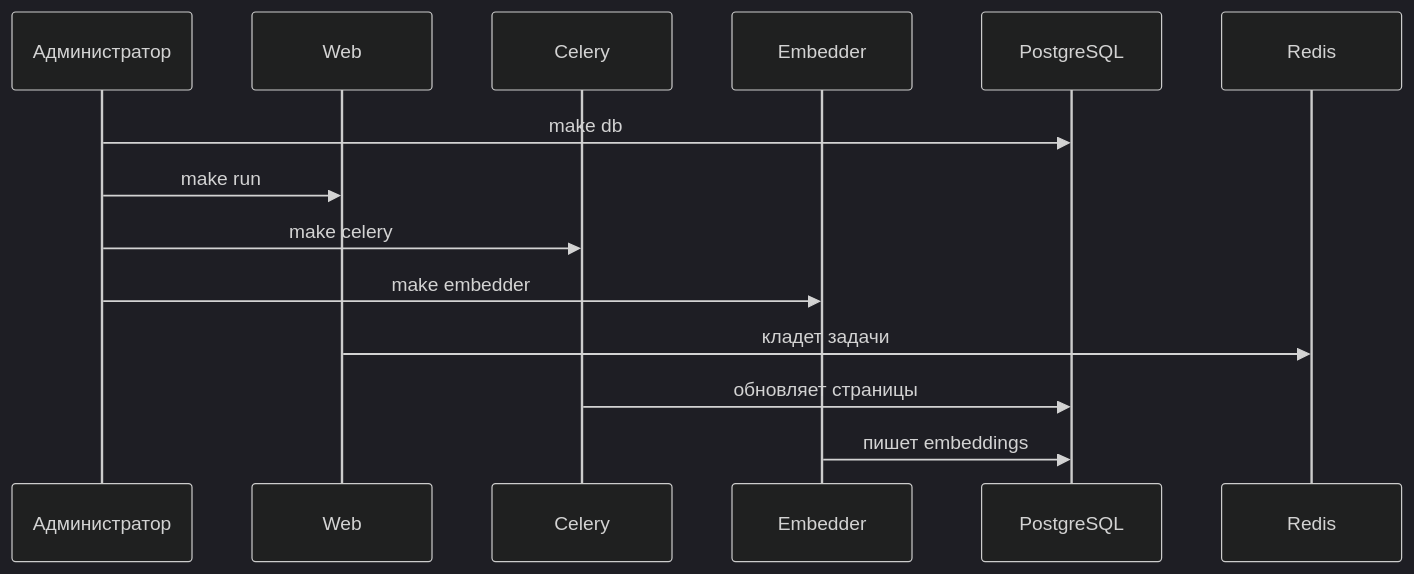
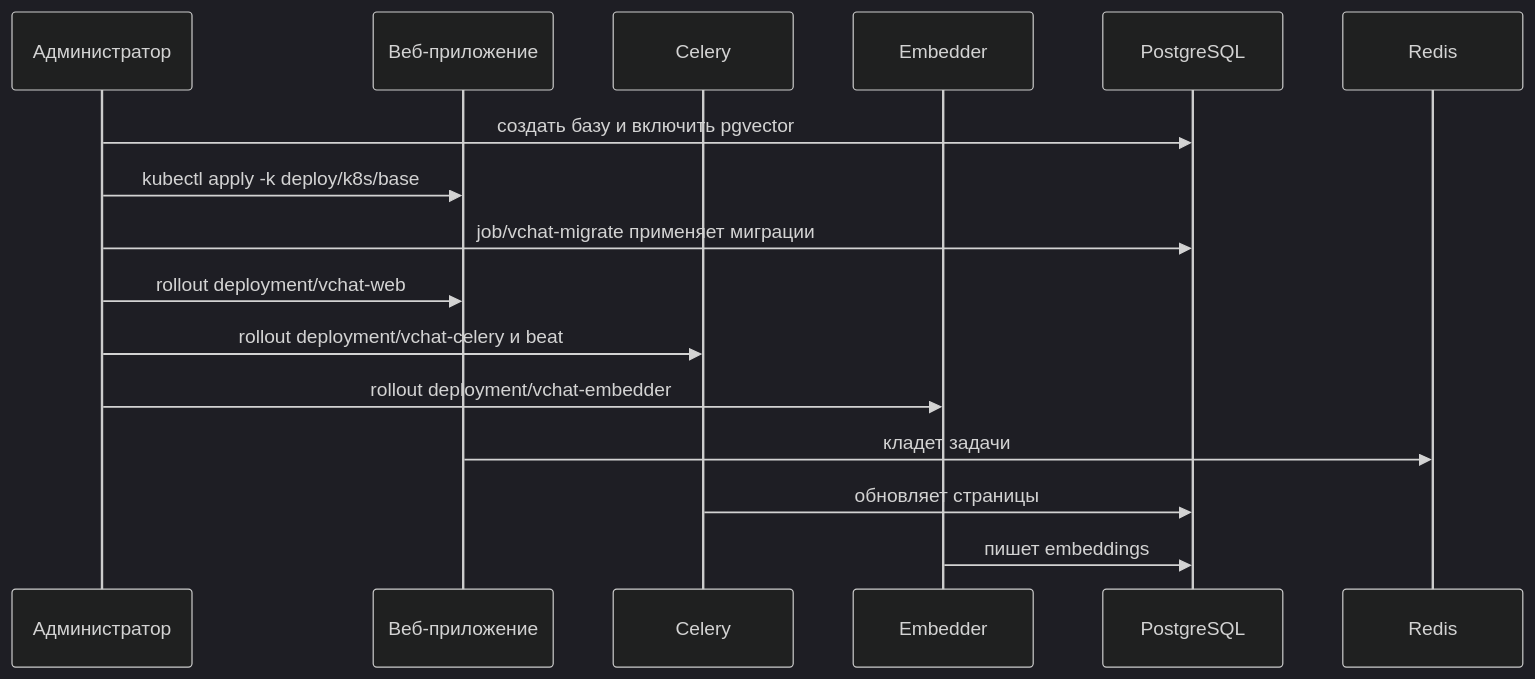
One commit to xen/vchat changed the second of 3 diagrams in docs/manual.md. Above: the diagram before and after it, drawn with Mermaid (dark theme). The commit also changed other lines of this file and 28 other files, not shown here.

````diff
--- a/docs/manual.md
+++ b/docs/manual.md
@@ -224,17 +156,19 @@
 ```mermaid
 sequenceDiagram
     participant Admin as Администратор
-    participant Web as Web
+    participant Web as Веб-приложение
     participant Celery as Celery
     participant Embedder as Embedder
     participant DB as PostgreSQL
     participant Redis as Redis
 
-    Admin->>DB: make db
-    Admin->>Web: make run
-    Admin->>Celery: make celery
-    Admin->>Embedder: make embedder
+    Admin->>DB: создать базу и включить pgvector
+    Admin->>Web: kubectl apply -k deploy/k8s/base
+    Admin->>DB: job/vchat-migrate применяет миграции
+    Admin->>Web: rollout deployment/vchat-web
+    Admin->>Celery: rollout deployment/vchat-celery и beat
+    Admin->>Embedder: rollout deployment/vchat-embedder
     Web->>Redis: кладет задачи
     Celery->>DB: обновляет страницы
     Embedder->>DB: пишет embeddings
 ```
````
